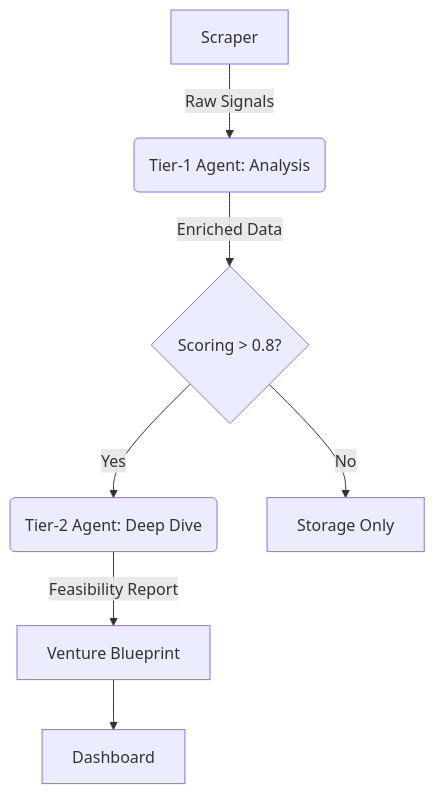
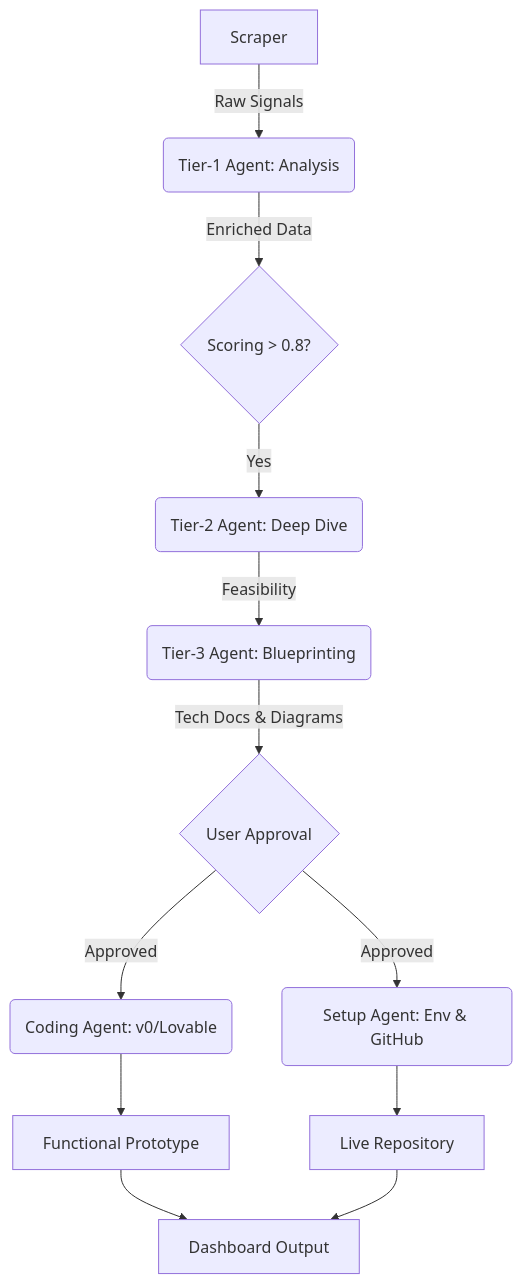
One commit to alaa-gnt/MicroHack-3.0 changed the diagram in README.md. Above: the diagram before and after it, drawn with Mermaid. The commit also changed other lines of this file, not shown here.

````diff
--- a/README.md
+++ b/README.md
@@ -23,9 +26,14 @@
 ```mermaid
 graph TD
     A[Scraper] -->|Raw Signals| B(Tier-1 Agent: Analysis)
     B -->|Enriched Data| C{Scoring > 0.8?}
     C -- Yes --> D(Tier-2 Agent: Deep Dive)
-    C -- No --> E[Storage Only]
-    D -->|Feasibility Report| F[Venture Blueprint]
-    F --> G[Dashboard]
+    D -->|Feasibility| E(Tier-3 Agent: Blueprinting)
+    E -->|Tech Docs & Diagrams| F{User Approval}
+    F -- Approved --> G(Coding Agent: v0/Lovable)
+    F -- Approved --> H(Setup Agent: Env & GitHub)
+    G --> I[Functional Prototype]
+    H --> J[Live Repository]
+    I --> K[Dashboard Output]
+    J --> K
 ```
````
